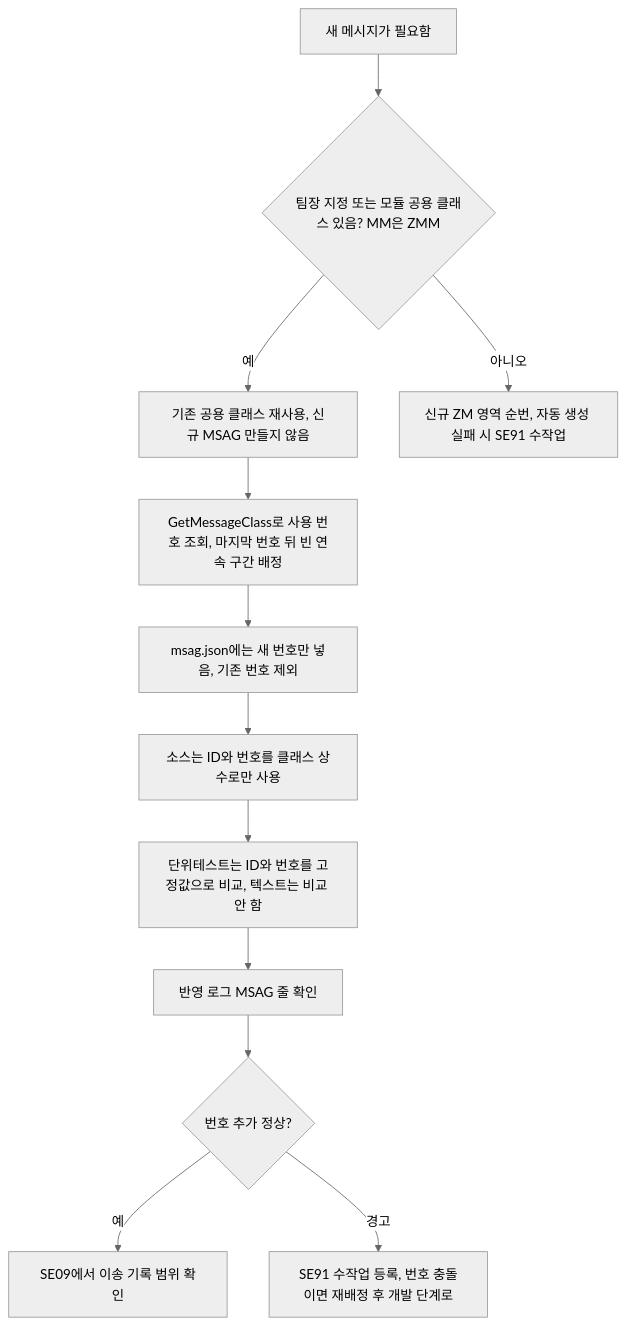
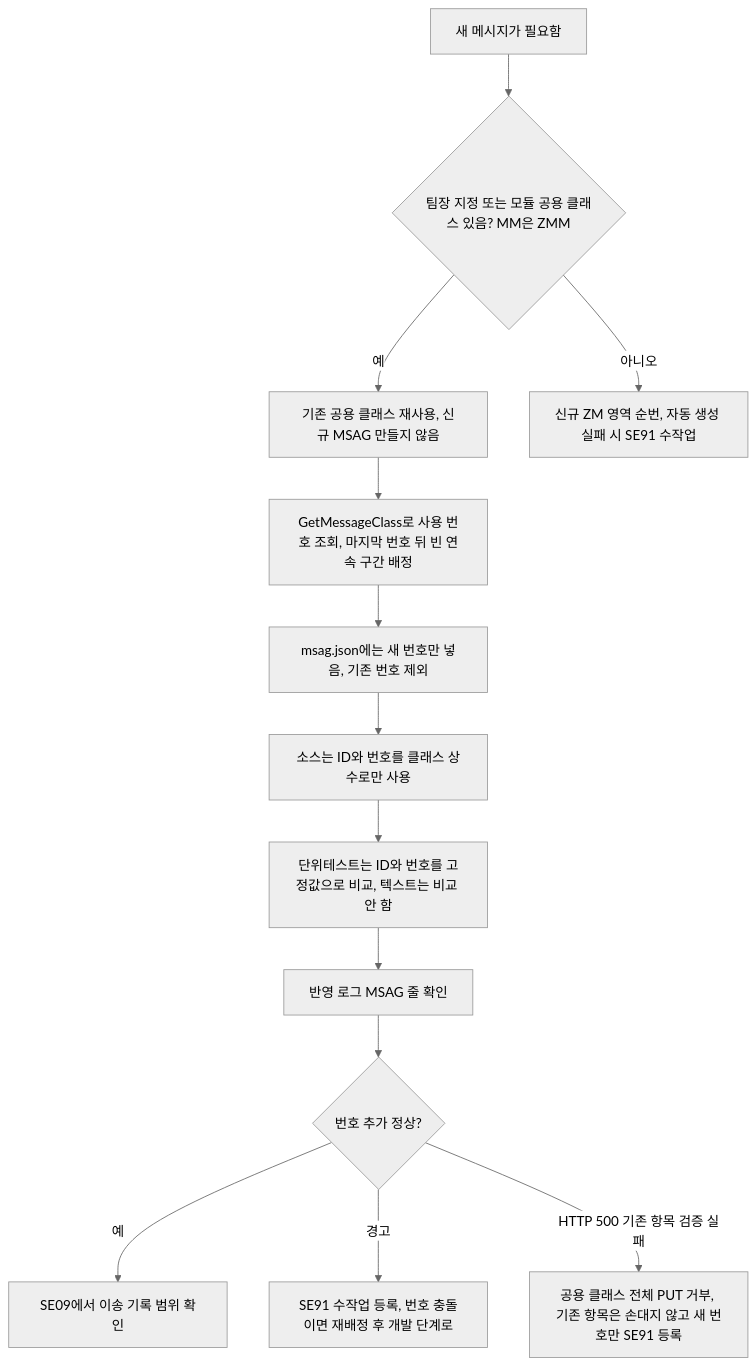
Before and after one commit to sunguphong/devsap: the diagram in wiki/메시지 클래스 선택과 번호 배정 기준.md, drawn with Mermaid (neutral theme). The commit also changed other lines of this file and 9 other files, not shown here.

````diff
--- a/wiki/메시지 클래스 선택과 번호 배정 기준.md
+++ b/wiki/메시지 클래스 선택과 번호 배정 기준.md
@@ -7,14 +7,15 @@
 ```mermaid
 flowchart TD
   N1["새 메시지가 필요함"] --> Q1{"팀장 지정 또는 모듈 공용 클래스 있음? MM은 ZMM"}
   Q1 -->|예| A1["기존 공용 클래스 재사용, 신규 MSAG 만들지 않음"]
   Q1 -->|아니오| A2["신규 ZM 영역 순번, 자동 생성 실패 시 SE91 수작업"]
   A1 --> B1["GetMessageClass로 사용 번호 조회, 마지막 번호 뒤 빈 연속 구간 배정"]
   B1 --> B2["msag.json에는 새 번호만 넣음, 기존 번호 제외"]
   B2 --> B3["소스는 ID와 번호를 클래스 상수로만 사용"]
   B3 --> B4["단위테스트는 ID와 번호를 고정값으로 비교, 텍스트는 비교 안 함"]
   B4 --> D1["반영 로그 MSAG 줄 확인"]
   D1 --> Q2{"번호 추가 정상?"}
   Q2 -->|예| D2["SE09에서 이송 기록 범위 확인"]
   Q2 -->|경고| D3["SE91 수작업 등록, 번호 충돌이면 재배정 후 개발 단계로"]
+  Q2 -->|HTTP 500 기존 항목 검증 실패| D4["공용 클래스 전체 PUT 거부, 기존 항목은 손대지 않고 새 번호만 SE91 등록"]
 ```
````
